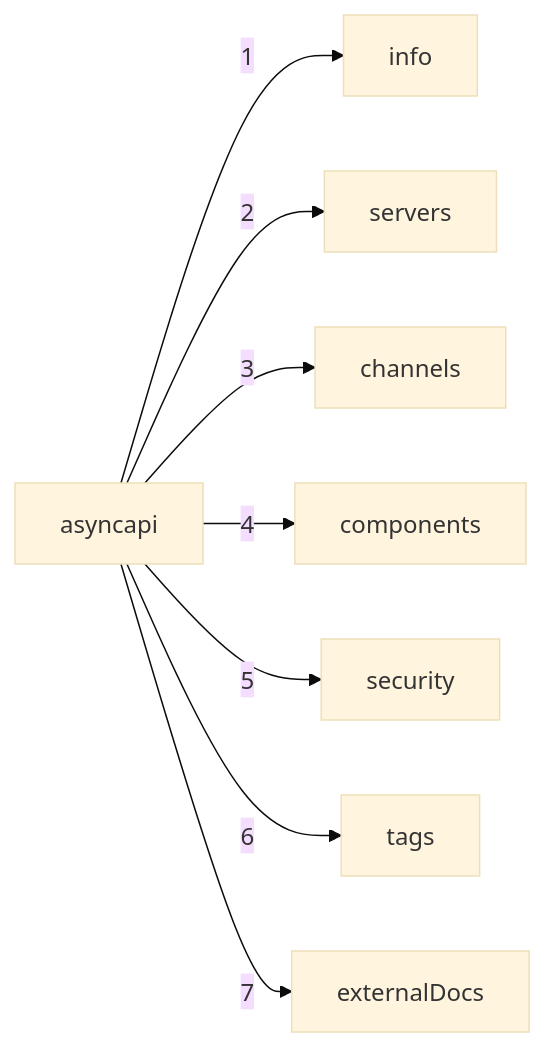
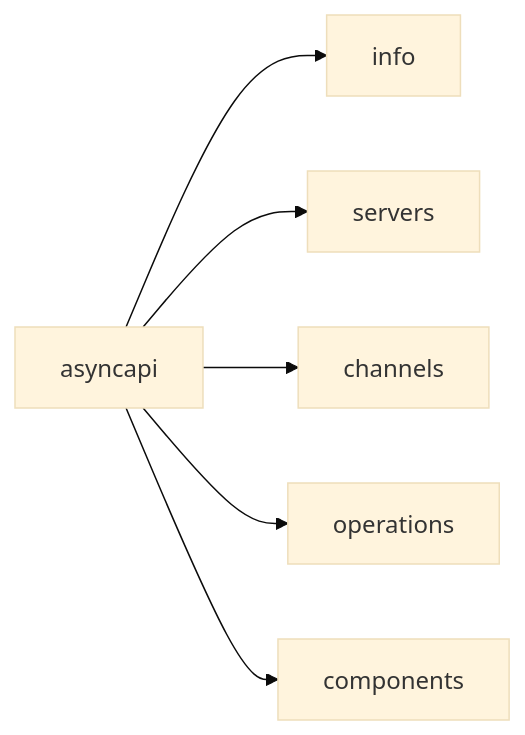
One commit to asyncapi/website changed the first of 6 diagrams in pages/docs/concepts/asyncapi-document/structure.md. Above: the diagram before and after it, drawn with Mermaid (base theme). The commit also changed other lines of this file, not shown here.

````diff
--- a/pages/docs/concepts/asyncapi-document/structure.md
+++ b/pages/docs/concepts/asyncapi-document/structure.md
@@ -17,19 +10,15 @@
 ```mermaid
 graph LR
 A[asyncapi]
 B[info]
 C[servers]
 D[channels]
-E[components]
-F[security]
-G[tags]
-H[externalDocs]
+E[operations]
+F[components]
 
-A -->|1| B
-A -->|2| C
-A -->|3| D
-A -->|4| E
-A -->|5| F
-A -->|6| G
-A -->|7| H
+A --> B
+A --> C
+A --> D
+A --> E
+A --> F
 ```
````
